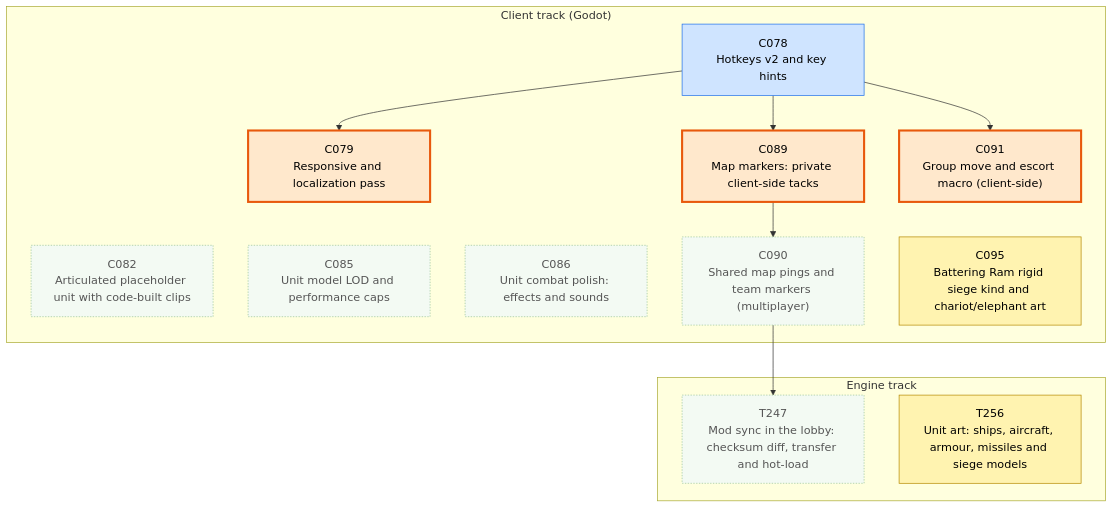
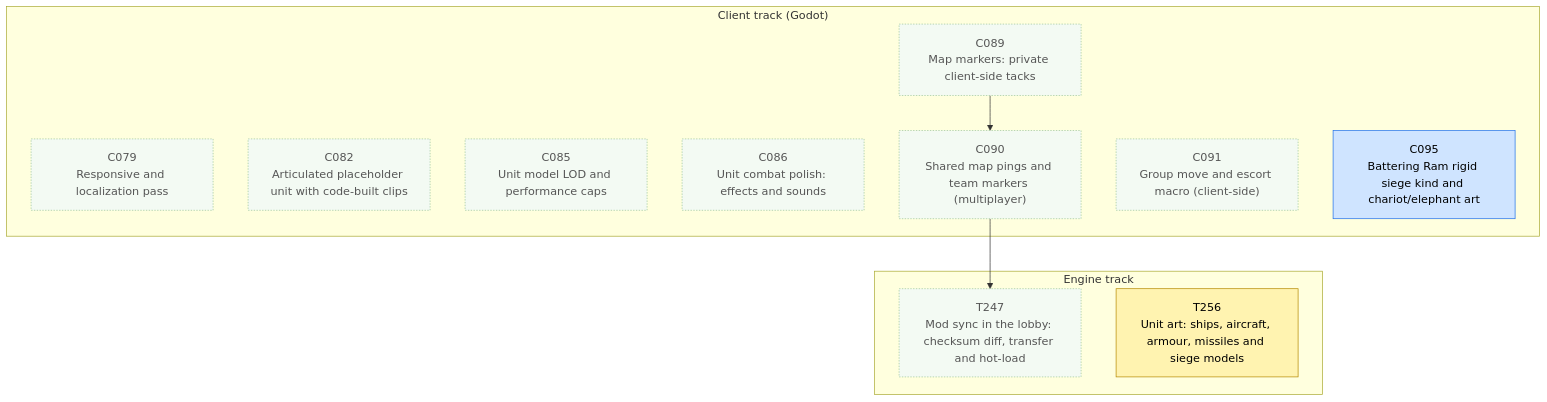
Before and after one commit to Kenmura/Unciv: the first of 3 diagrams in csharp/migration/DEPENDENCY_MAP.md, drawn with Mermaid. The commit also changed other lines of this file and 1 other file, not shown here.

Commit message:
migration: review C078 pass [Adversarial Review]

````diff
--- a/csharp/migration/DEPENDENCY_MAP.md
+++ b/csharp/migration/DEPENDENCY_MAP.md
@@ -25,41 +25,36 @@
 ```mermaid
 flowchart TD
   subgraph TTRACK["Engine track"]
     T247["T247<br/>Mod sync in the lobby: checksum diff, transfer and hot-load"]
     T256["T256<br/>Unit art: ships, aircraft, armour, missiles and siege models"]
   end
   subgraph CTRACK["Client track (Godot)"]
-    C078["C078<br/>Hotkeys v2 and key hints"]
     C079["C079<br/>Responsive and localization pass"]
     C082["C082<br/>Articulated placeholder unit with code-built clips"]
     C085["C085<br/>Unit model LOD and performance caps"]
     C086["C086<br/>Unit combat polish: effects and sounds"]
     C089["C089<br/>Map markers: private client-side tacks"]
     C090["C090<br/>Shared map pings and team markers (multiplayer)"]
     C091["C091<br/>Group move and escort macro (client-side)"]
     C095["C095<br/>Battering Ram rigid siege kind and chariot/elephant art"]
   end
   C090 --> T247
-  C078 --> C079
-  C078 --> C089
   C089 --> C090
-  C078 --> C091
   classDef waiting fill:#f3faf3,stroke:#9bc49b,color:#555,stroke-dasharray:2 2
   classDef ondeck fill:#ffe8cc,stroke:#e8590c,stroke-width:3px,color:#000
   classDef ready fill:#7ee787,stroke:#1a7f37,stroke-width:3px,color:#000
   classDef prog fill:#fff3b0,stroke:#b58900,color:#000
   classDef review fill:#cfe4ff,stroke:#1f6feb,color:#000
   classDef blocked fill:#ffd6d6,stroke:#c62828,color:#000
   classDef done fill:#eeeeee,stroke:#999999,color:#666,stroke-dasharray:4 3
-  class C078 review
-  class C079 ondeck
+  class C079 waiting
   class C082 waiting
   class C085 waiting
   class C086 waiting
-  class C089 ondeck
+  class C089 waiting
   class C090 waiting
-  class C091 ondeck
-  class C095 prog
+  class C091 waiting
+  class C095 review
   class T247 waiting
   class T256 prog
 ```
````
